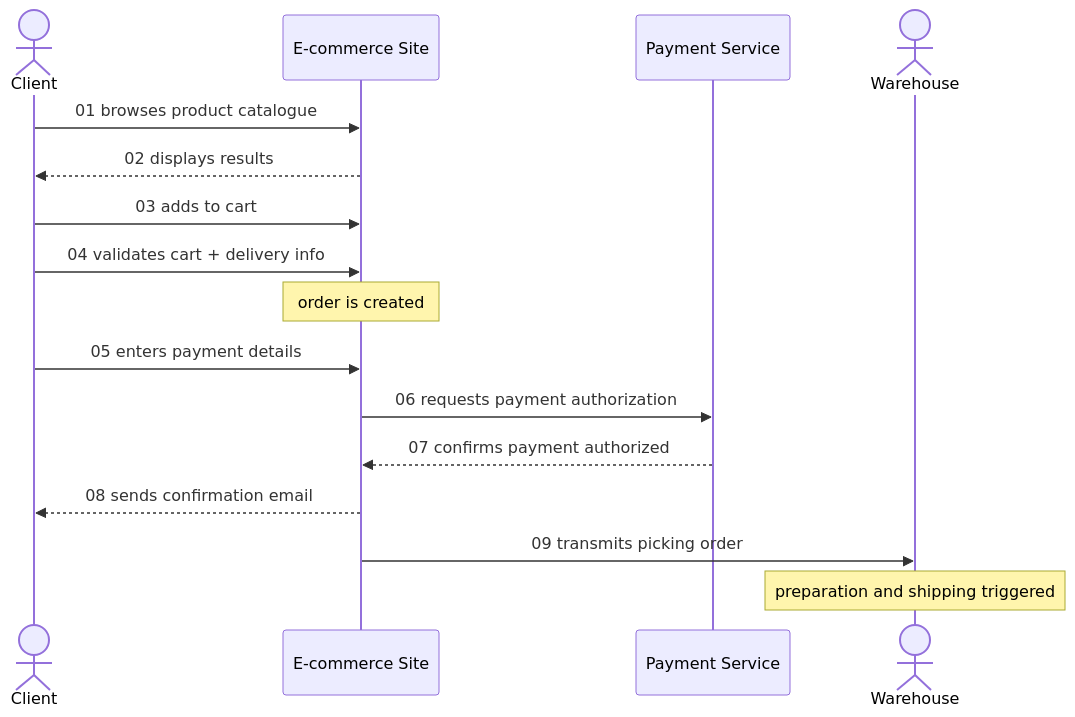
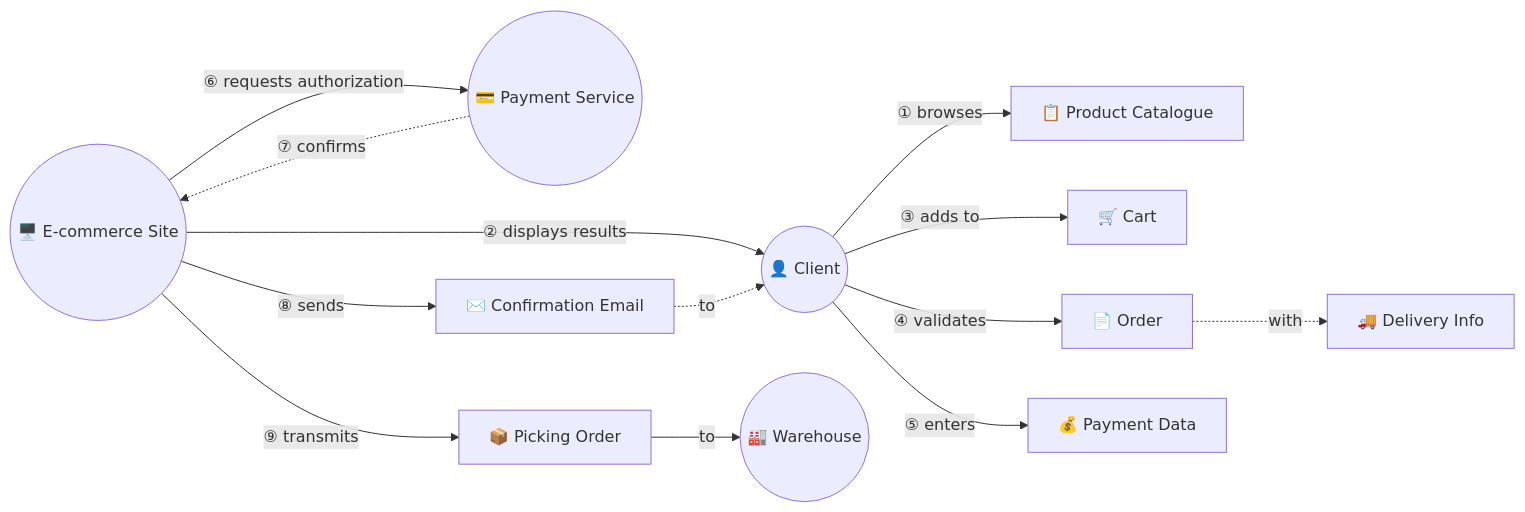
One commit to jguidoux/create-domainstory-skill changed the diagram in SKILL.md. Above: the diagram before and after it, drawn with Mermaid. The commit also changed other lines of this file, not shown here.

Commit message:
Replace sequenceDiagram with directed graph (graph LR) for Domain Storytelling notation

````diff
--- a/SKILL.md
+++ b/SKILL.md
@@ -147,25 +155,31 @@
 ```mermaid
-sequenceDiagram
-    actor Client
-    participant Site as E-commerce Site
-    participant Payment as Payment Service
-    actor Warehouse
+graph LR
+    %% Actors
+    Client((👤 Client))
+    Site((🖥️ E-commerce Site))
+    Payment((💳 Payment Service))
+    Warehouse((🏭 Warehouse))
 
-    Client->>Site: 01 browses product catalogue
-    Site-->>Client: 02 displays results
+    %% Work Objects
+    Catalogue[📋 Product Catalogue]
+    Cart[🛒 Cart]
+    Order[📄 Order]
+    Delivery[🚚 Delivery Info]
+    PaymentData[💰 Payment Data]
+    Email[✉️ Confirmation Email]
+    PickingOrder[📦 Picking Order]
 
-    Client->>Site: 03 adds to cart
-
-    Client->>Site: 04 validates cart + delivery info
-    Note over Site: order is created
-
-    Client->>Site: 05 enters payment details
-
-    Site->>Payment: 06 requests payment authorization
-    Payment-->>Site: 07 confirms payment authorized
-
-    Site-->>Client: 08 sends confirmation email
-
-    Site->>Warehouse: 09 transmits picking order
-    Note over Warehouse: preparation and shipping triggered
+    %% Activities
+    Client -->|① browses| Catalogue
+    Site -->|② displays results| Client
+    Client -->|③ adds to| Cart
+    Client -->|④ validates| Order
+    Order -.->|with| Delivery
+    Client -->|⑤ enters| PaymentData
+    Site -->|⑥ requests authorization| Payment
+    Payment -.->|⑦ confirms| Site
+    Site -->|⑧ sends| Email
+    Email -.->|to| Client
+    Site -->|⑨ transmits| PickingOrder
+    PickingOrder -->|to| Warehouse
 ```
````
